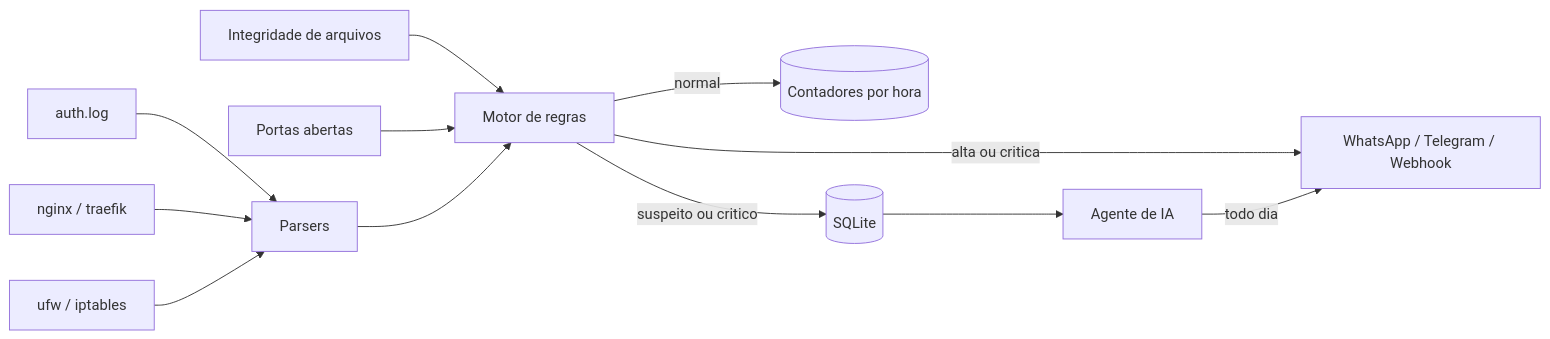
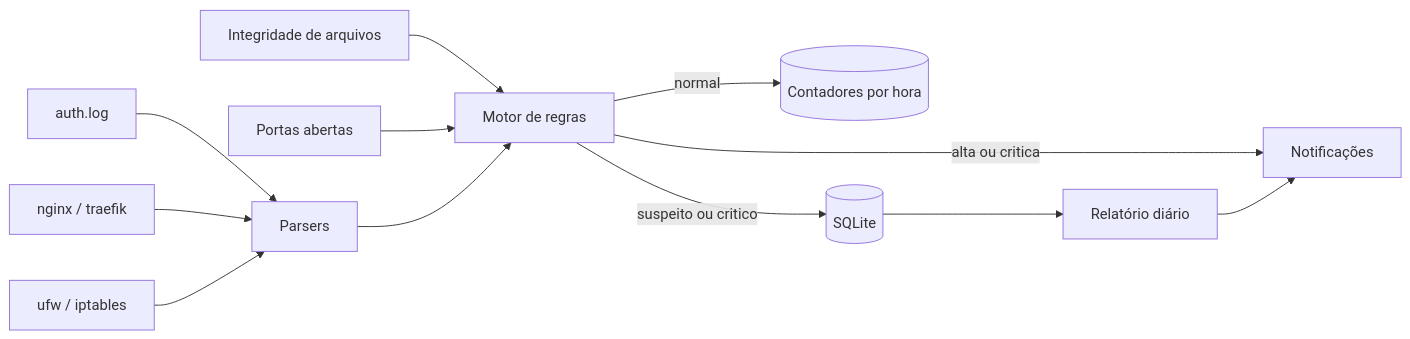
Before and after one commit to Odiveighar/Atalaia: the diagram in README.md, drawn with Mermaid. The commit also changed other lines of this file, not shown here.

````diff
--- a/README.md
+++ b/README.md
@@ -48,14 +60,14 @@
 ```mermaid
 flowchart LR
     A[auth.log] --> P[Parsers]
     B[nginx / traefik] --> P
     C[ufw / iptables] --> P
     D[Integridade de arquivos] --> E
     F[Portas abertas] --> E
     P --> E[Motor de regras]
     E -->|normal| S[(Contadores por hora)]
     E -->|suspeito ou critico| DB[(SQLite)]
-    E -->|alta ou critica| N[WhatsApp / Telegram / Webhook]
-    DB --> R[Agente de IA]
-    R -->|todo dia| N
+    E -->|alta ou critica| N[Notificações]
+    DB --> R[Relatório diário]
+    R --> N
 ```
````
